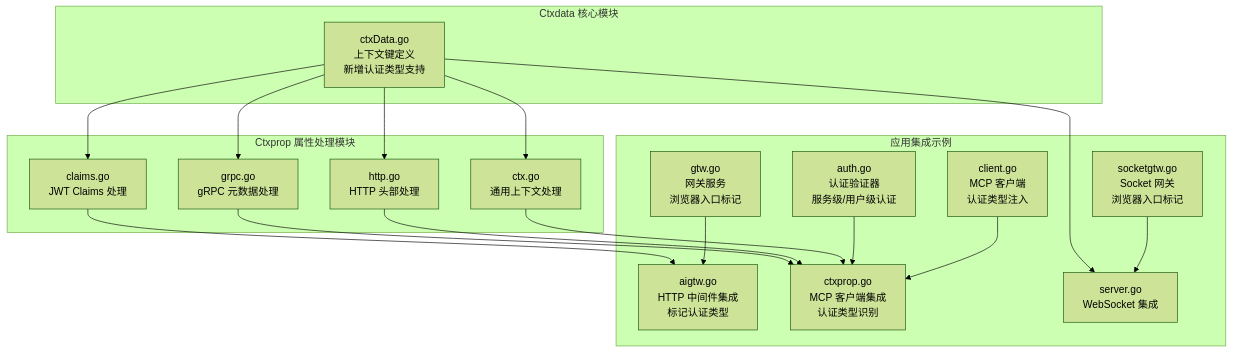
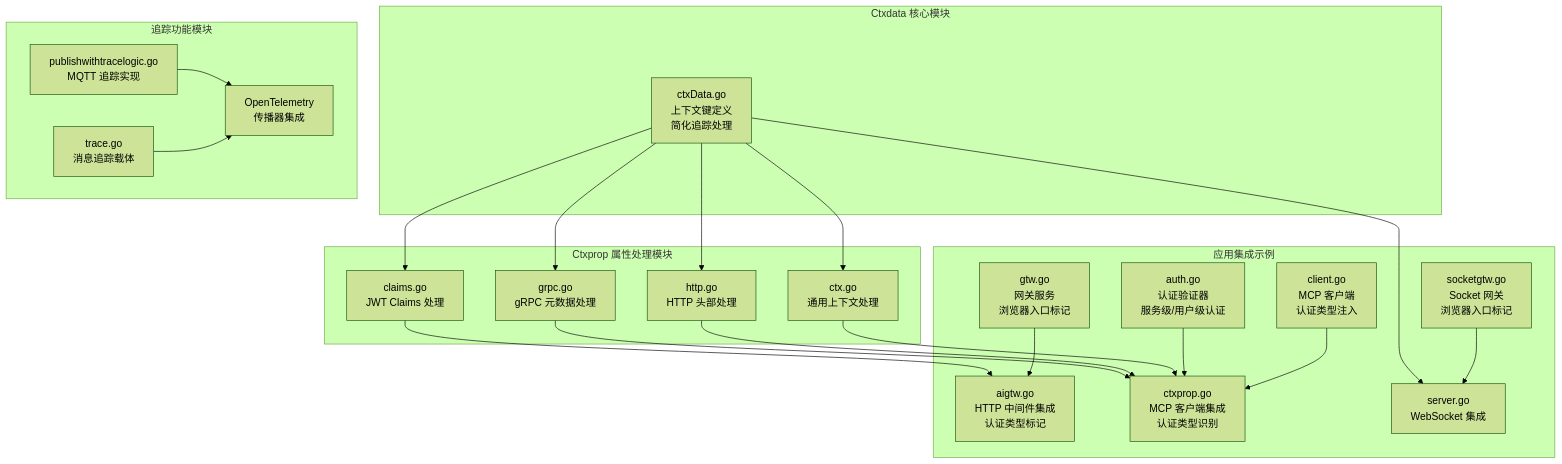
Before and after one commit to maomao94/zero-service: the first of 13 diagrams in .qoder/repowiki/zh/content/Ctxdata Context Management.md, drawn with Mermaid (forest theme). The commit also changed other lines of this file and 25 other files, not shown here.

````diff
--- a/.qoder/repowiki/zh/content/Ctxdata Context Management.md
+++ b/.qoder/repowiki/zh/content/Ctxdata Context Management.md
@@ -56,34 +59,41 @@
 ```mermaid
 graph TB
 subgraph "Ctxdata 核心模块"
-A[ctxData.go<br/>上下文键定义<br/>新增认证类型支持]
+A[ctxData.go<br/>上下文键定义<br/>简化追踪处理]
 end
 subgraph "Ctxprop 属性处理模块"
 B[claims.go<br/>JWT Claims 处理]
 C[grpc.go<br/>gRPC 元数据处理]
 D[http.go<br/>HTTP 头部处理]
 E[ctx.go<br/>通用上下文处理]
 end
+subgraph "追踪功能模块"
+F[publishwithtracelogic.go<br/>MQTT 追踪实现]
+G[trace.go<br/>消息追踪载体]
+H[OpenTelemetry<br/>传播器集成]
+end
 subgraph "应用集成示例"
-F[aigtw.go<br/>HTTP 中间件集成<br/>标记认证类型]
-G[ctxprop.go<br/>MCP 客户端集成<br/>认证类型识别]
-H[server.go<br/>WebSocket 集成]
-I[auth.go<br/>认证验证器<br/>服务级/用户级认证]
-J[gtw.go<br/>网关服务<br/>浏览器入口标记]
-K[socketgtw.go<br/>Socket 网关<br/>浏览器入口标记]
-L[client.go<br/>MCP 客户端<br/>认证类型注入]
+I[aigtw.go<br/>HTTP 中间件集成<br/>认证类型标记]
+J[ctxprop.go<br/>MCP 客户端集成<br/>认证类型识别]
+K[server.go<br/>WebSocket 集成]
+L[auth.go<br/>认证验证器<br/>服务级/用户级认证]
+M[gtw.go<br/>网关服务<br/>浏览器入口标记]
+N[socketgtw.go<br/>Socket 网关<br/>浏览器入口标记]
+O[client.go<br/>MCP 客户端<br/>认证类型注入]
 end
 A --> B
 A --> C
 A --> D
 A --> E
-B --> F
-C --> G
-D --> G
-E --> G
-A --> H
-I --> G
-J --> F
-K --> H
-L --> G
+B --> I
+C --> J
+D --> J
+E --> J
+A --> K
+L --> J
+M --> I
+N --> K
+O --> J
+F --> H
+G --> H
 ```
````
